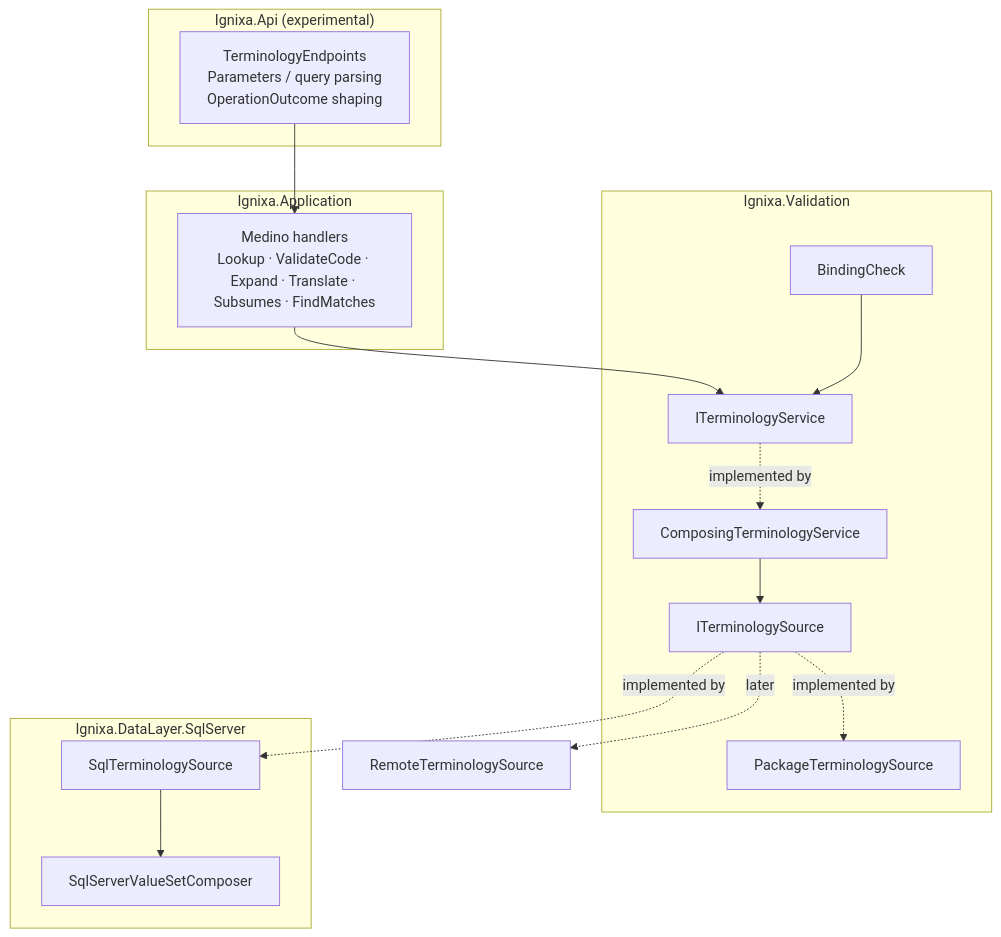
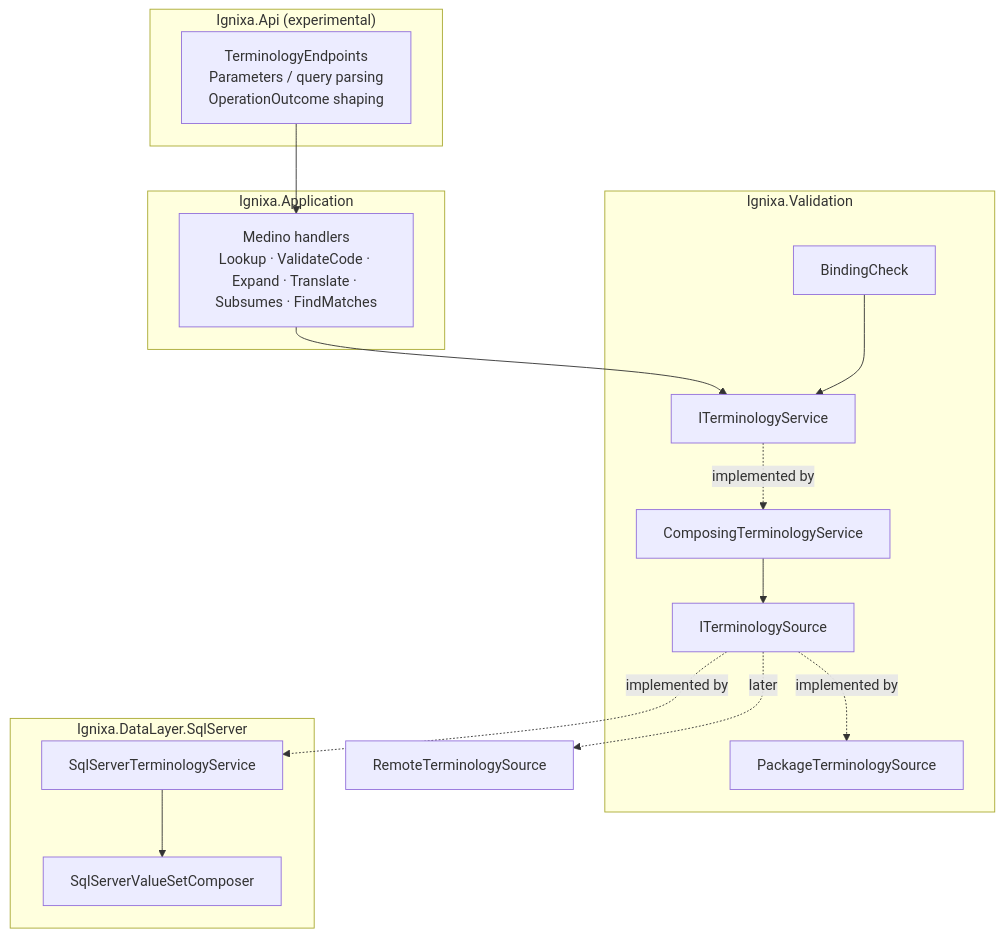
One commit to brendankowitz/ignixa-fhir changed the diagram in docs/superpowers/specs/2026-10-20-composable-terminology-operations-design.md. Above: the diagram before and after it, drawn with Mermaid. The commit also changed other lines of this file and 4 other files, not shown here.

First line of the commit message:
Document composing terminology service and Phase 1 contract changes

````diff
--- a/docs/superpowers/specs/2026-10-20-composable-terminology-operations-design.md
+++ b/docs/superpowers/specs/2026-10-20-composable-terminology-operations-design.md
@@ -36,28 +36,28 @@
 ```mermaid
 flowchart TB
   subgraph Api["Ignixa.Api (experimental)"]
     E[TerminologyEndpoints<br/>Parameters / query parsing<br/>OperationOutcome shaping]
   end
   subgraph App["Ignixa.Application"]
     H[Medino handlers<br/>Lookup · ValidateCode · Expand · Translate · Subsumes · FindMatches]
   end
   subgraph Val["Ignixa.Validation"]
     T[ITerminologyService]
     C[ComposingTerminologyService]
     S[ITerminologySource]
     P[PackageTerminologySource]
     B[BindingCheck]
   end
   subgraph DL["Ignixa.DataLayer.SqlServer"]
-    Q[SqlTerminologySource]
+    Q[SqlServerTerminologyService]
     X[SqlServerValueSetComposer]
   end
   E --> H --> T
   B --> T
   T -. implemented by .-> C
   C --> S
   S -. implemented by .-> P
   S -. implemented by .-> Q
   Q --> X
   S -. later .-> R[RemoteTerminologySource]
 ```
````
